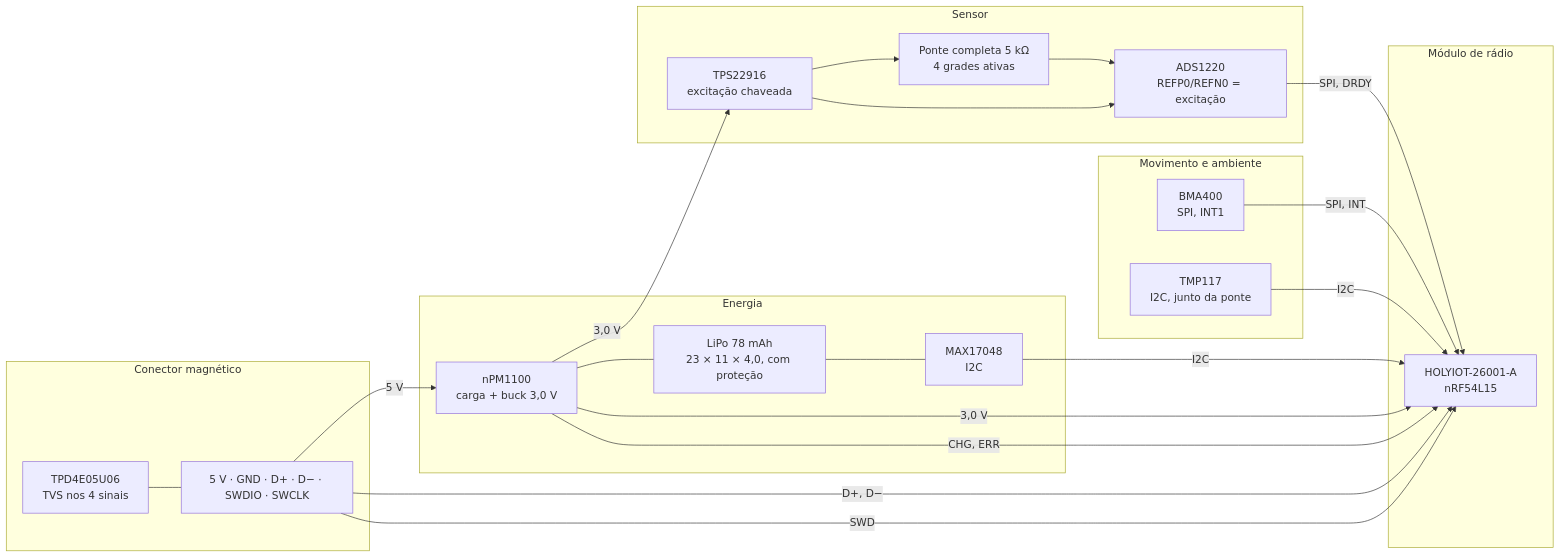
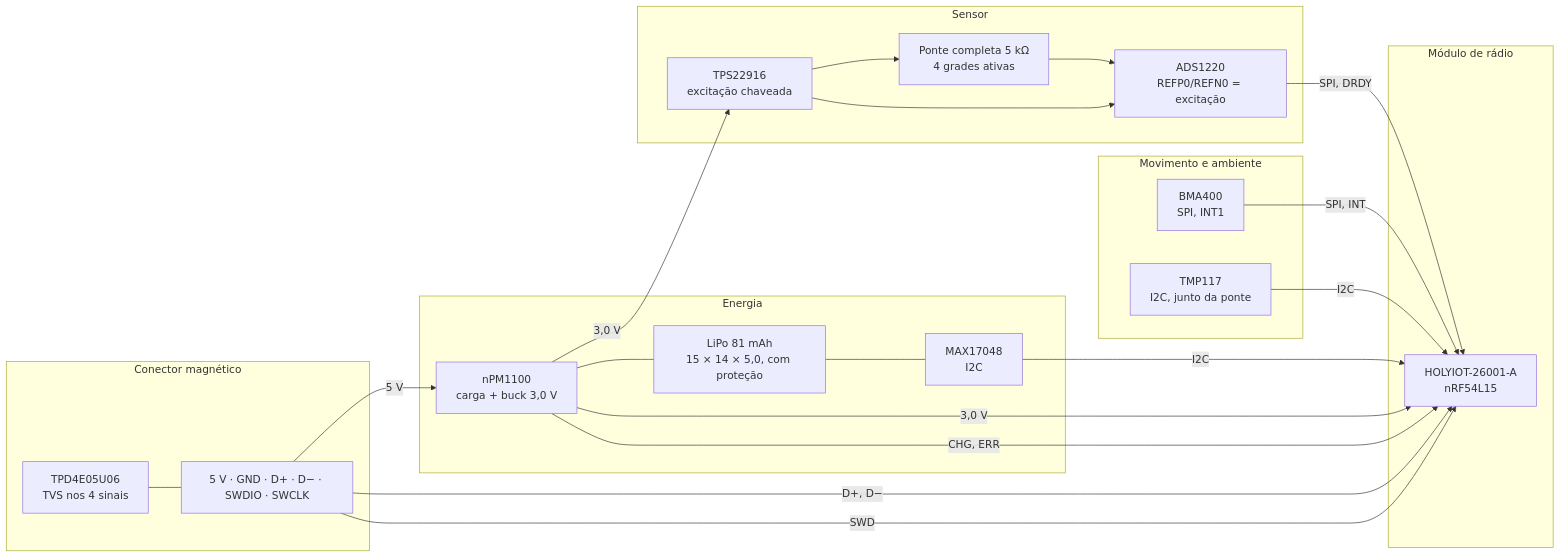
The diagram in docs/02-hardware.md (Guiimartinho/bike-powermeter), drawn with Mermaid before and after one commit. The commit also changed other lines of this file and 7 other files, not shown here.

````diff
--- a/docs/02-hardware.md
+++ b/docs/02-hardware.md
@@ -26,39 +26,39 @@
 ```mermaid
 flowchart LR
     subgraph SENSOR["Sensor"]
         B["Ponte completa 5 kΩ<br/>4 grades ativas"]
         SW["TPS22916<br/>excitação chaveada"]
         A["ADS1220<br/>REFP0/REFN0 = excitação"]
         SW --> B --> A
         SW --> A
     end
     subgraph MOV["Movimento e ambiente"]
         I["BMA400<br/>SPI, INT1"]
         T["TMP117<br/>I2C, junto da ponte"]
     end
     subgraph MCU["Módulo de rádio"]
         M["HOLYIOT-26001-A<br/>nRF54L15"]
     end
     subgraph EN["Energia"]
         P["nPM1100<br/>carga + buck 3,0 V"]
-        BAT["LiPo 78 mAh<br/>23 × 11 × 4,0, com proteção"]
+        BAT["LiPo 81 mAh<br/>15 × 14 × 5,0, com proteção"]
         F["MAX17048<br/>I2C"]
         P --- BAT
         BAT --- F
     end
     subgraph CON["Conector magnético"]
         C["5 V · GND · D+ · D− · SWDIO · SWCLK"]
         E["TPD4E05U06<br/>TVS nos 4 sinais"]
     end
     A -- "SPI, DRDY" --> M
     I -- "SPI, INT" --> M
     T -- "I2C" --> M
     F -- "I2C" --> M
     P -- "3,0 V" --> M
     P -- "3,0 V" --> SW
     P -- "CHG, ERR" --> M
     C -- "5 V" --> P
     C -- "D+, D−" --> M
     C -- "SWD" --> M
     E --- C
 ```
````
